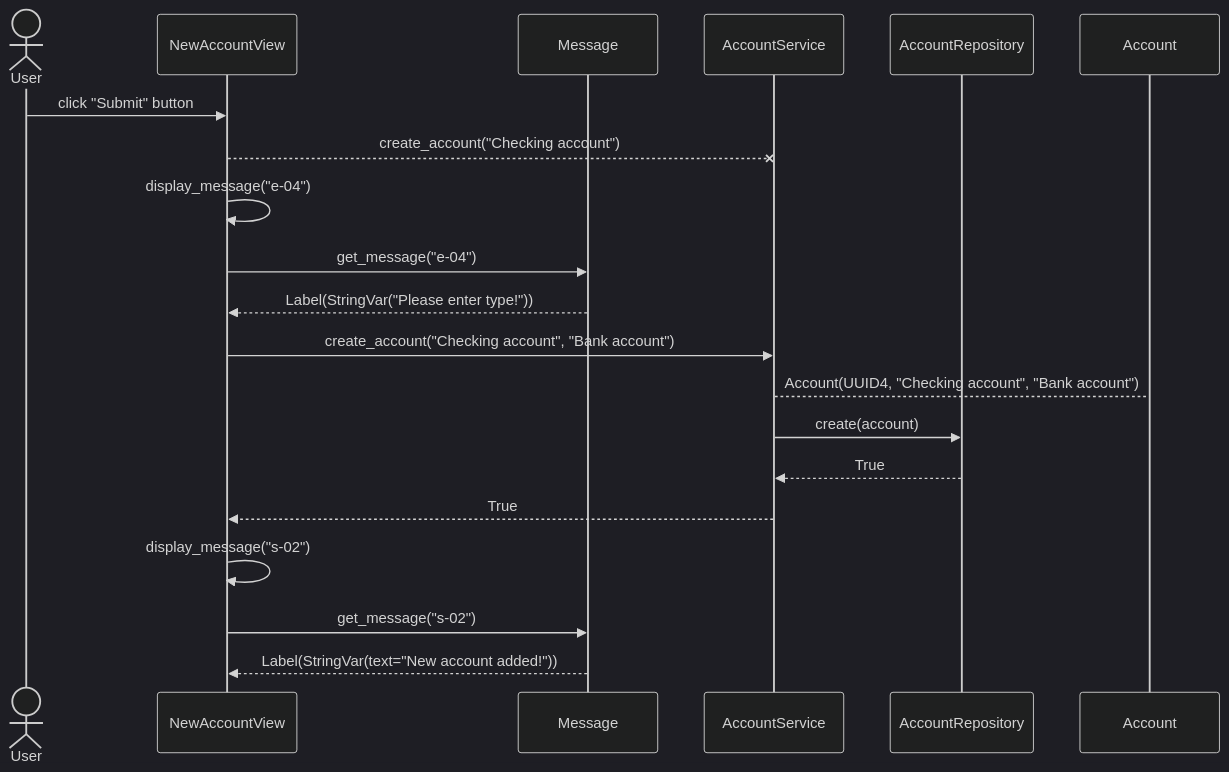
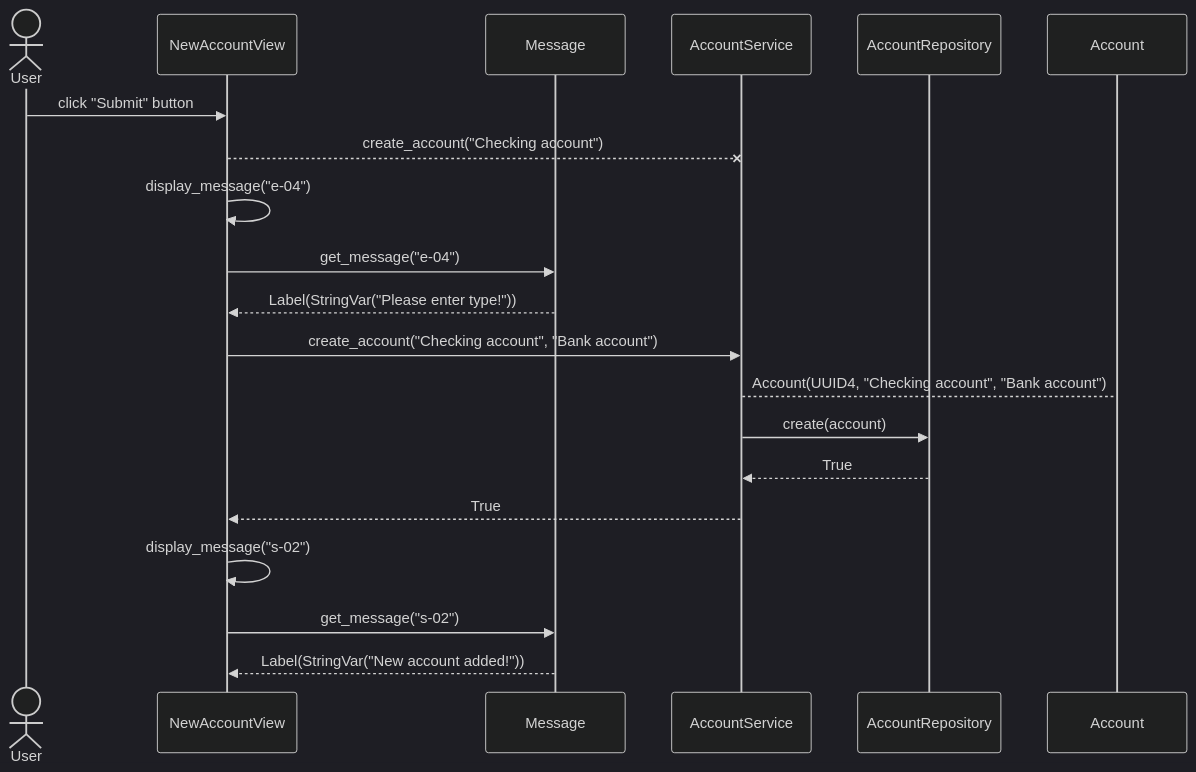
One commit to rikurauhala/yesan changed the first of 2 diagrams in documentation/architecture.md. Above: the diagram before and after it, drawn with Mermaid (dark theme).

Commit message:
Edit diagram for consistency

````diff
--- a/documentation/architecture.md
+++ b/documentation/architecture.md
@@ -9,22 +9,22 @@
 ```mermaid
 sequenceDiagram
     actor User
     participant NewAccountView
     participant Message
     participant AccountService
     participant AccountRepository
     participant Account
     User->>NewAccountView: click "Submit" button
     NewAccountView--XAccountService: create_account("Checking account")
     NewAccountView->>NewAccountView: display_message("e-04")
     NewAccountView->>Message: get_message("e-04")
     Message-->>NewAccountView: Label(StringVar("Please enter type!"))
     NewAccountView->>AccountService: create_account("Checking account", "Bank account")
     AccountService-->Account: Account(UUID4, "Checking account", "Bank account")
     AccountService->>AccountRepository: create(account)
     AccountRepository-->>AccountService: True
     AccountService-->>NewAccountView: True
    NewAccountView->>NewAccountView: display_message("s-02")
     NewAccountView->>Message: get_message("s-02")
-    Message-->>NewAccountView: Label(StringVar(text="New account added!"))
+    Message-->>NewAccountView: Label(StringVar("New account added!"))
 ```
````
